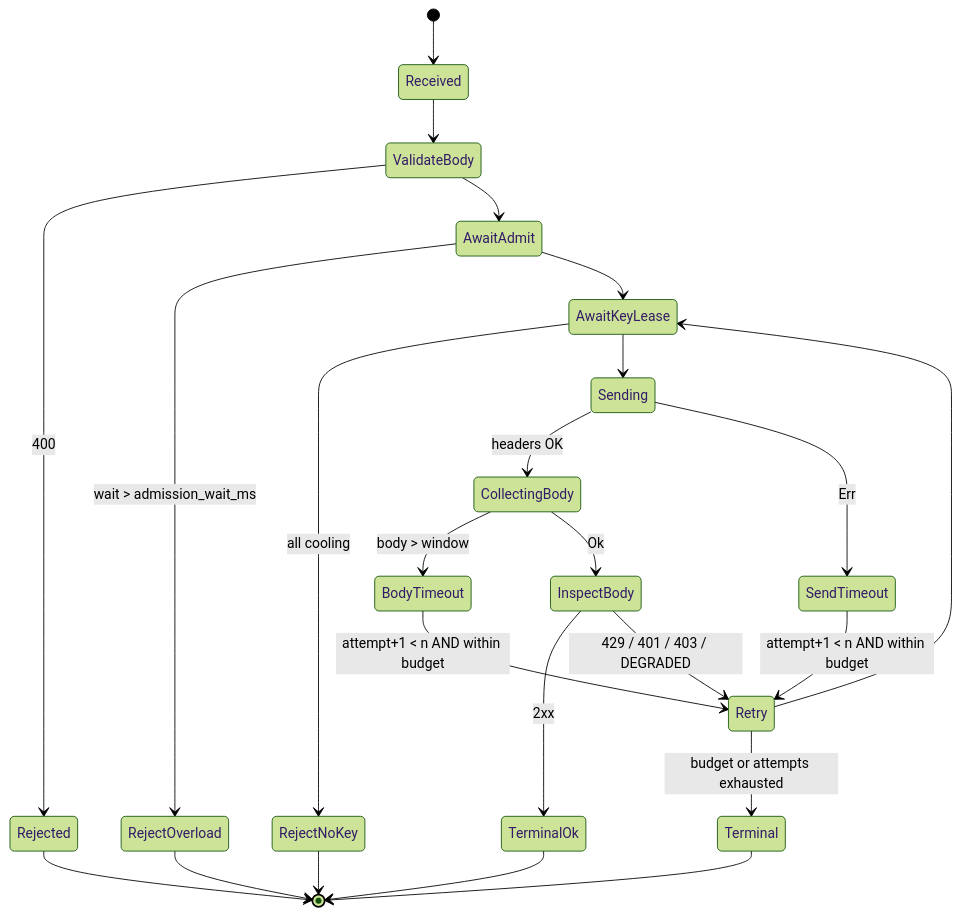
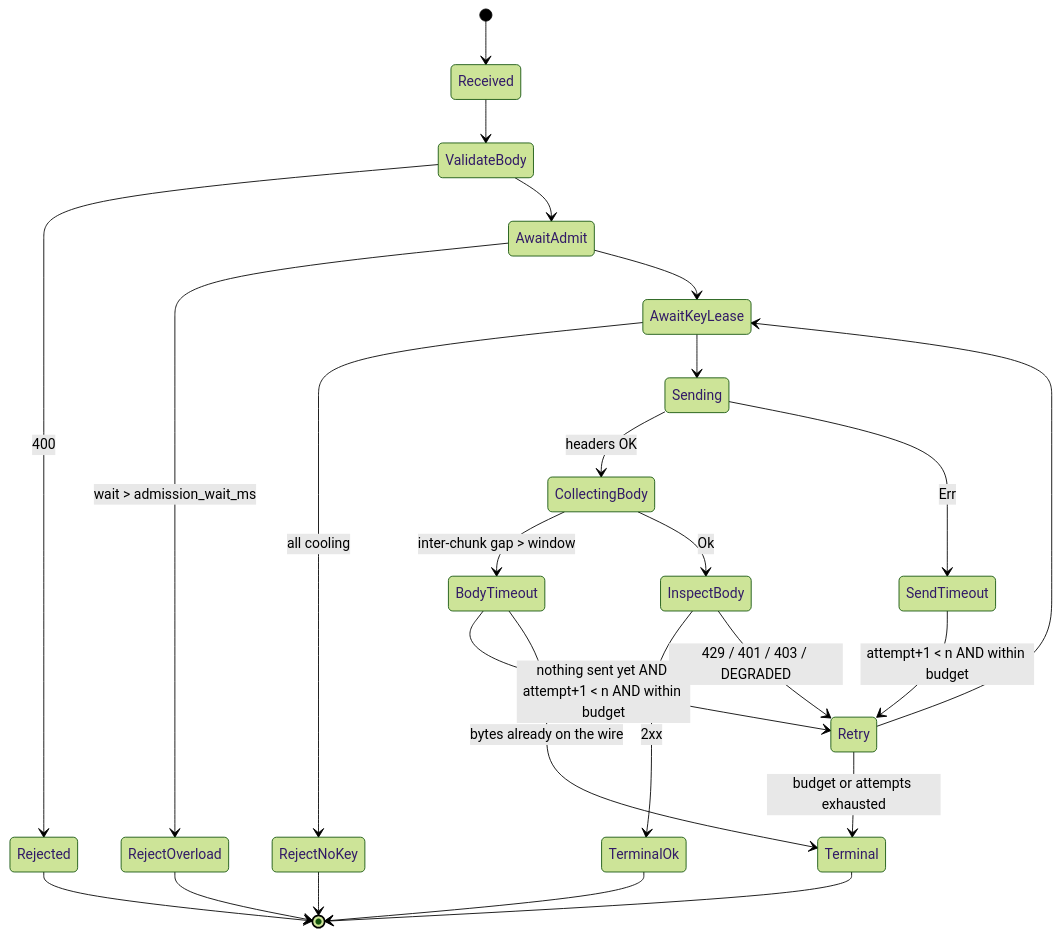
One commit to dirmacs/nimakai changed the second of 2 diagrams in nimaproxy/docs/FORMAL-DESIGN.md. Above: the diagram before and after it, drawn with Mermaid (forest theme). The commit also changed other lines of this file and 22 other files, not shown here.

````diff
--- a/nimaproxy/docs/FORMAL-DESIGN.md
+++ b/nimaproxy/docs/FORMAL-DESIGN.md
@@ -131,26 +131,27 @@
 ```mermaid
 stateDiagram-v2
     [*] --> Received
     Received --> ValidateBody
     ValidateBody --> Rejected : 400
     ValidateBody --> AwaitAdmit
     AwaitAdmit --> RejectOverload : wait > admission_wait_ms
     AwaitAdmit --> AwaitKeyLease
     AwaitKeyLease --> RejectNoKey : all cooling
     AwaitKeyLease --> Sending
     Sending --> CollectingBody : headers OK
     Sending --> SendTimeout : Err
-    CollectingBody --> BodyTimeout : body > window
+    CollectingBody --> BodyTimeout : inter-chunk gap > window
     CollectingBody --> InspectBody : Ok
     InspectBody --> TerminalOk : 2xx
     InspectBody --> Retry : 429 / 401 / 403 / DEGRADED
     SendTimeout --> Retry : attempt+1 < n AND within budget
-    BodyTimeout --> Retry : attempt+1 < n AND within budget
+    BodyTimeout --> Retry : nothing sent yet AND attempt+1 < n AND within budget
+    BodyTimeout --> Terminal : bytes already on the wire
     Retry --> AwaitKeyLease
     Retry --> Terminal : budget or attempts exhausted
     TerminalOk --> [*]
     RejectOverload --> [*]
     RejectNoKey --> [*]
     Rejected --> [*]
     Terminal --> [*]
 ```
````
